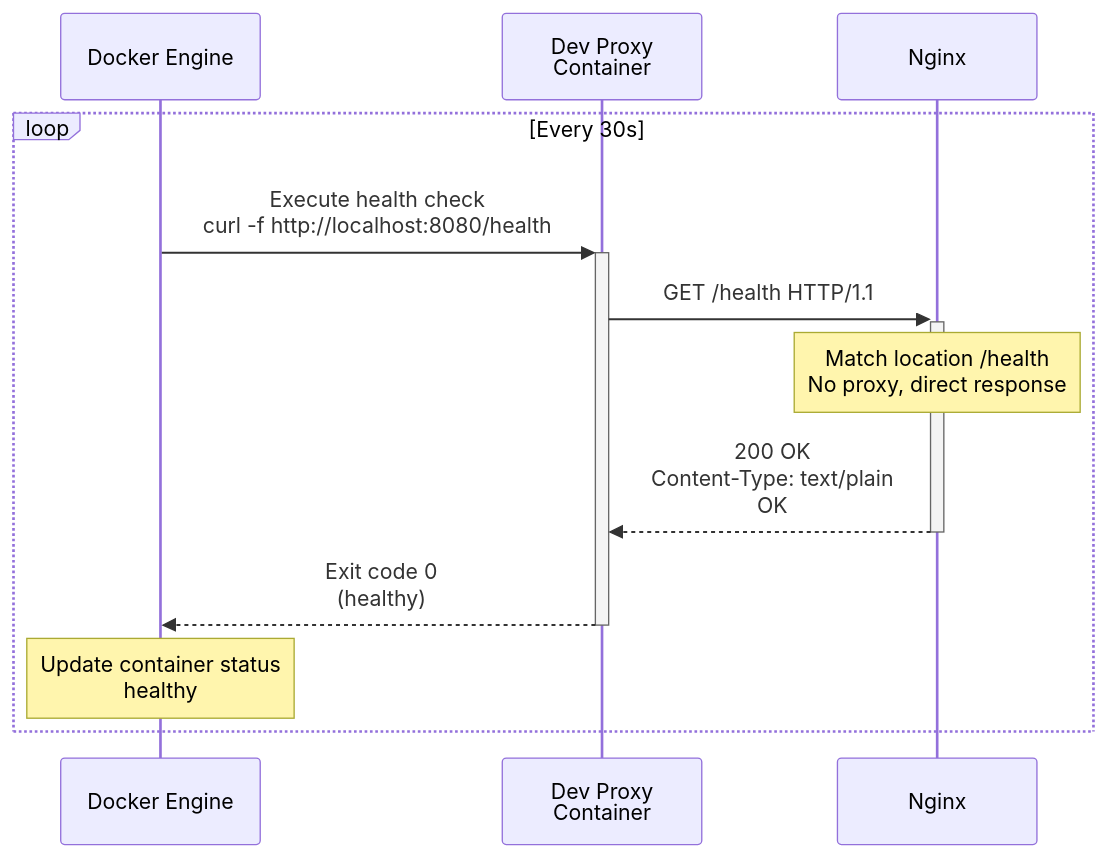
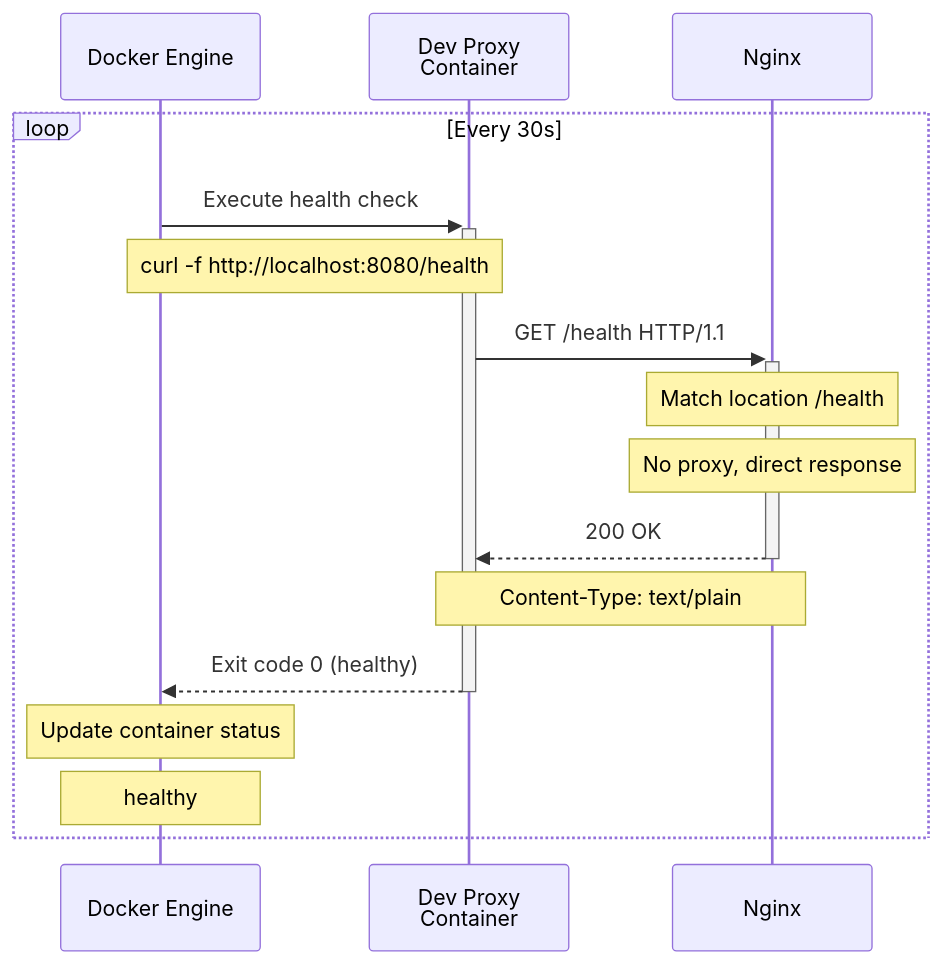
One commit to softwarewrighter/dev-proxy changed the third of 9 diagrams in wiki/Request-Flow.md. Above: the diagram before and after it, drawn with Mermaid. The commit also changed other lines of this file, not shown here.

First line of the commit message:
Fix all broken Mermaid sequence diagrams in Request-Flow.md

````diff
--- a/wiki/Request-Flow.md
+++ b/wiki/Request-Flow.md
@@ -129,20 +147,24 @@
 ```mermaid
 sequenceDiagram
     participant Docker as Docker Engine
     participant Container as Dev Proxy<br/>Container
     participant Nginx as Nginx
 
     loop Every 30s
-        Docker->>+Container: Execute health check<br/>curl -f http://localhost:8080/health
+        Docker->>+Container: Execute health check
+        Note over Docker,Container: curl -f http://localhost:8080/health
 
         Container->>+Nginx: GET /health HTTP/1.1
 
-        Note over Nginx: Match location /health<br/>No proxy, direct response
+        Note over Nginx: Match location /health
+        Note over Nginx: No proxy, direct response
 
-        Nginx-->>-Container: 200 OK<br/>Content-Type: text/plain<br/>OK
+        Nginx-->>-Container: 200 OK
+        Note over Nginx,Container: Content-Type: text/plain
 
-        Container-->>-Docker: Exit code 0<br/>(healthy)
+        Container-->>-Docker: Exit code 0 (healthy)
 
-        Note over Docker: Update container status<br/>healthy
+        Note over Docker: Update container status
+        Note over Docker: healthy
     end
 ```
````
